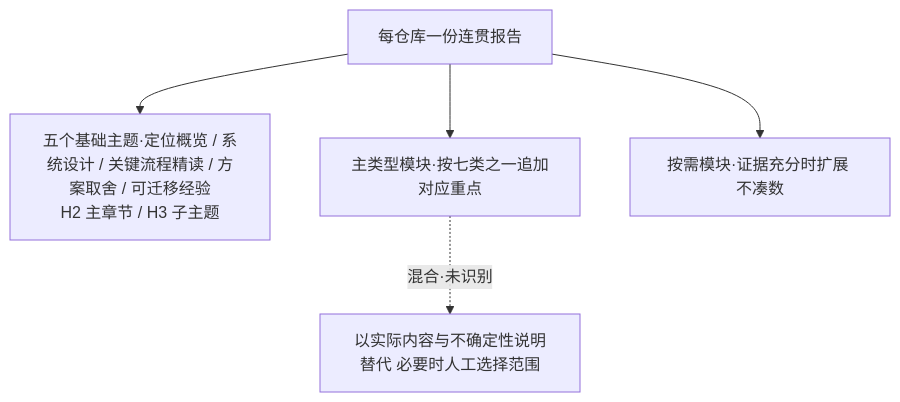
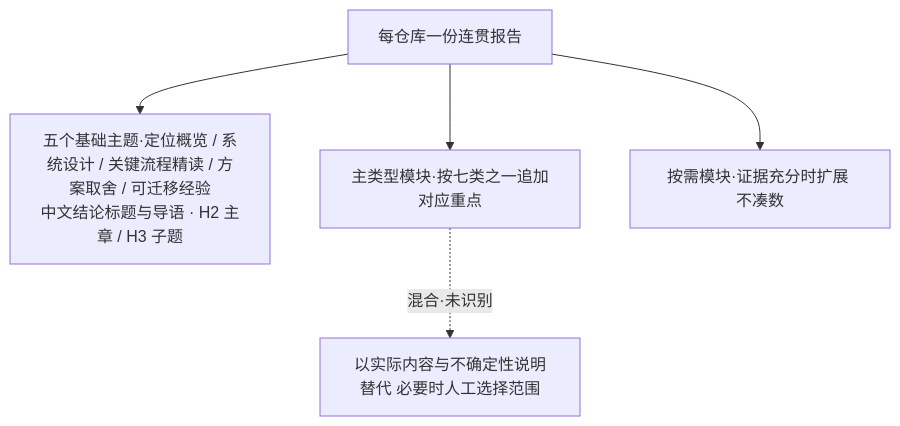
One commit to int2t05/StarDissect changed the third of 3 diagrams in docs/PRD.md. Above: the diagram before and after it, drawn with Mermaid. The commit also changed 11 other files, not shown here.

````diff
--- a/docs/PRD.md
+++ b/docs/PRD.md
@@ -70,7 +70,7 @@
 ```mermaid
 flowchart TB
-  R[每仓库一份连贯报告] --> B[五个基础主题·定位概览 / 系统设计 / 关键流程精读 / 方案取舍 / 可迁移经验<br/>H2 主章节 / H3 子主题]
+  R[每仓库一份连贯报告] --> B[五个基础主题·定位概览 / 系统设计 / 关键流程精读 / 方案取舍 / 可迁移经验<br/>中文结论标题与导语 · H2 主章 / H3 子题]
   R --> T[主类型模块·按七类之一追加对应重点]
   R --> E[按需模块·证据充分时扩展 不凑数]
   T -.->|混合·未识别| U[以实际内容与不确定性说明替代 必要时人工选择范围]
 ```
````
